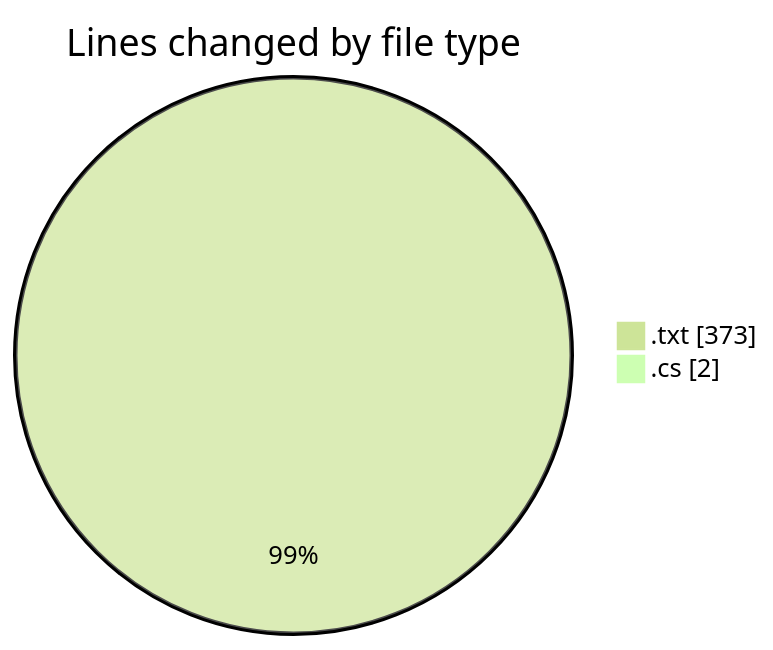
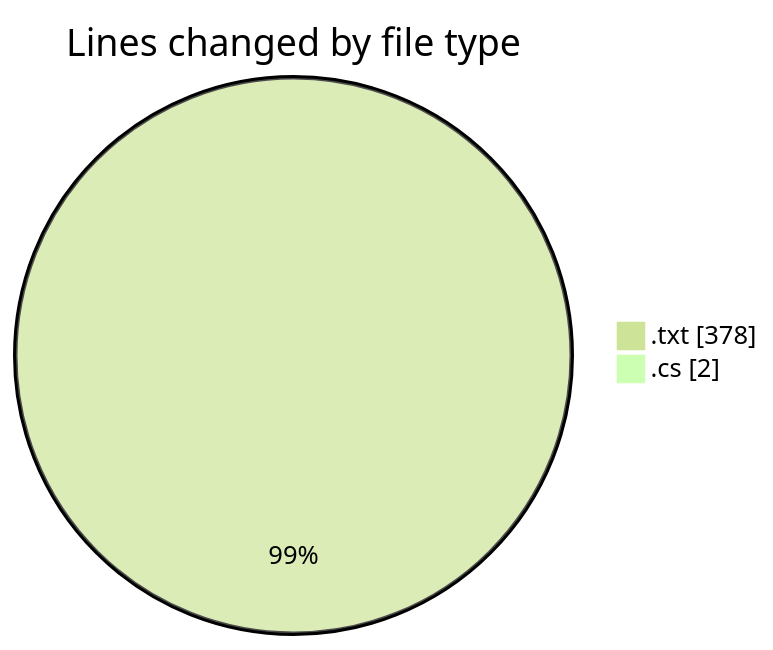
The first of 2 diagrams in 2025-07-26/quanlyrapchieuphim-1/README.md (lephambinh05/code-tracking), drawn with Mermaid (forest theme) before and after one commit. The commit also changed other lines of this file and 1 other file, not shown here.

````diff
--- a/2025-07-26/quanlyrapchieuphim-1/README.md
+++ b/2025-07-26/quanlyrapchieuphim-1/README.md
@@ -21,6 +21,6 @@
 ```mermaid
 pie showData
 title Lines changed by file type
-".txt" : 373
+".txt" : 378
 ".cs" : 2
 ```
````
